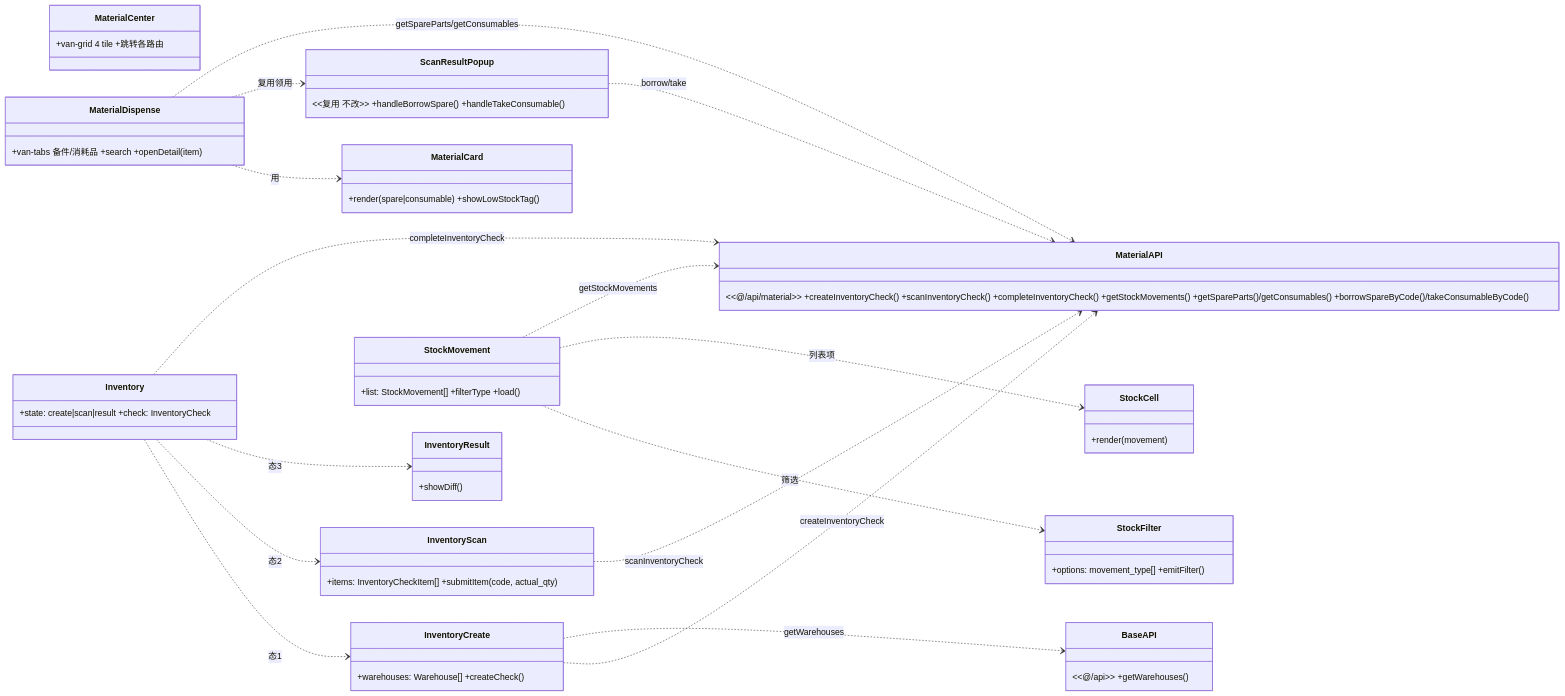
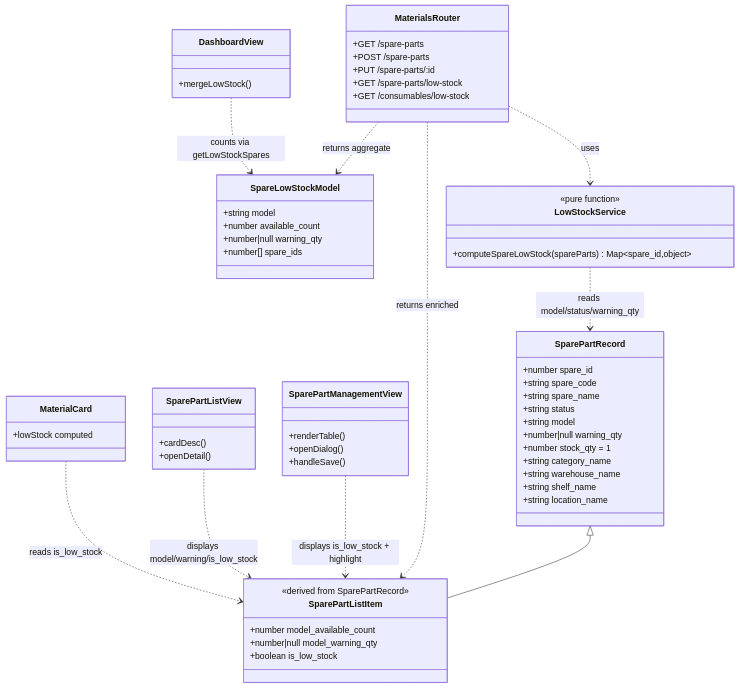
Before and after one commit to rqrqfwqg/tools-management: the diagram in docs/class-diagram.mermaid, drawn with Mermaid. The commit also changed 7 other files, not shown here.

Commit message:
feat(material): 物料最低库存（备件型号分组+warning_qty，镜像消耗品）

```diff
--- a/docs/class-diagram.mermaid
+++ b/docs/class-diagram.mermaid
@@ -1,30 +1,65 @@
+%% 增量需求：物料最低库存设置（备件补齐）—— 类/组件关系图
+%% 架构师：高见远（Bob）
+
 classDiagram
-    direction LR
-    class MaterialCenter { +van-grid 4 tile +跳转各路由 }
-    class MaterialDispense { +van-tabs 备件/消耗品 +search +openDetail(item) }
-    class MaterialCard { +render(spare|consumable) +showLowStockTag() }
-    class Inventory { +state: create|scan|result +check: InventoryCheck }
-    class InventoryCreate { +warehouses: Warehouse[] +createCheck() }
-    class InventoryScan { +items: InventoryCheckItem[] +submitItem(code, actual_qty) }
-    class InventoryResult { +showDiff() }
-    class StockMovement { +list: StockMovement[] +filterType +load() }
-    class StockFilter { +options: movement_type[] +emitFilter() }
-    class StockCell { +render(movement) }
-    class ScanResultPopup { <<复用 不改>> +handleBorrowSpare() +handleTakeConsumable() }
-    class MaterialAPI { <<@/api/material>> +createInventoryCheck() +scanInventoryCheck() +completeInventoryCheck() +getStockMovements() +getSpareParts()/getConsumables() +borrowSpareByCode()/takeConsumableByCode() }
-    class BaseAPI { <<@/api>> +getWarehouses() }
+    class SparePartRecord {
+        +number spare_id
+        +string spare_code
+        +string spare_name
+        +string status
+        +string model
+        +number|null warning_qty
+        +number stock_qty = 1
+        +string category_name
+        +string warehouse_name
+        +string shelf_name
+        +string location_name
+    }
+    class SparePartListItem {
+        <<derived from SparePartRecord>>
+        +number model_available_count
+        +number|null model_warning_qty
+        +boolean is_low_stock
+    }
+    class SpareLowStockModel {
+        +string model
+        +number available_count
+        +number|null warning_qty
+        +number[] spare_ids
+    }
+    class LowStockService {
+        <<pure function>>
+        +computeSpareLowStock(spareParts) Map~spare_id,object~
+    }
+    class MaterialsRouter {
+        +GET /spare-parts
+        +POST /spare-parts
+        +PUT /spare-parts/:id
+        +GET /spare-parts/low-stock
+        +GET /consumables/low-stock
+    }
+    class SparePartManagementView {
+        +renderTable()
+        +openDialog()
+        +handleSave()
+    }
+    class DashboardView {
+        +mergeLowStock()
+    }
+    class SparePartListView {
+        +cardDesc()
+        +openDetail()
+    }
+    class MaterialCard {
+        +lowStock computed
+    }
 
-    MaterialDispense ..> MaterialCard : 用
-    MaterialDispense ..> ScanResultPopup : 复用领用
-    MaterialDispense ..> MaterialAPI : getSpareParts/getConsumables
-    Inventory ..> InventoryCreate : 态1
-    Inventory ..> InventoryScan : 态2
-    Inventory ..> InventoryResult : 态3
-    InventoryCreate ..> MaterialAPI : createInventoryCheck
-    InventoryCreate ..> BaseAPI : getWarehouses
-    InventoryScan ..> MaterialAPI : scanInventoryCheck
-    Inventory ..> MaterialAPI : completeInventoryCheck
-    StockMovement ..> StockFilter : 筛选
-    StockMovement ..> StockCell : 列表项
-    StockMovement ..> MaterialAPI : getStockMovements
-    ScanResultPopup ..> MaterialAPI : borrow/take
+    SparePartRecord <|-- SparePartListItem
+    MaterialsRouter ..> LowStockService : uses
+    LowStockService ..> SparePartRecord : reads model/status/warning_qty
+    MaterialsRouter ..> SparePartListItem : returns enriched
+    MaterialsRouter ..> SpareLowStockModel : returns aggregate
+    SparePartManagementView ..> SparePartListItem : displays is_low_stock + highlight
+    DashboardView ..> SpareLowStockModel : counts via getLowStockSpares
+    SparePartListView ..> SparePartListItem : displays model/warning/is_low_stock
+    MaterialCard ..> SparePartListItem : reads is_low_stock
```
